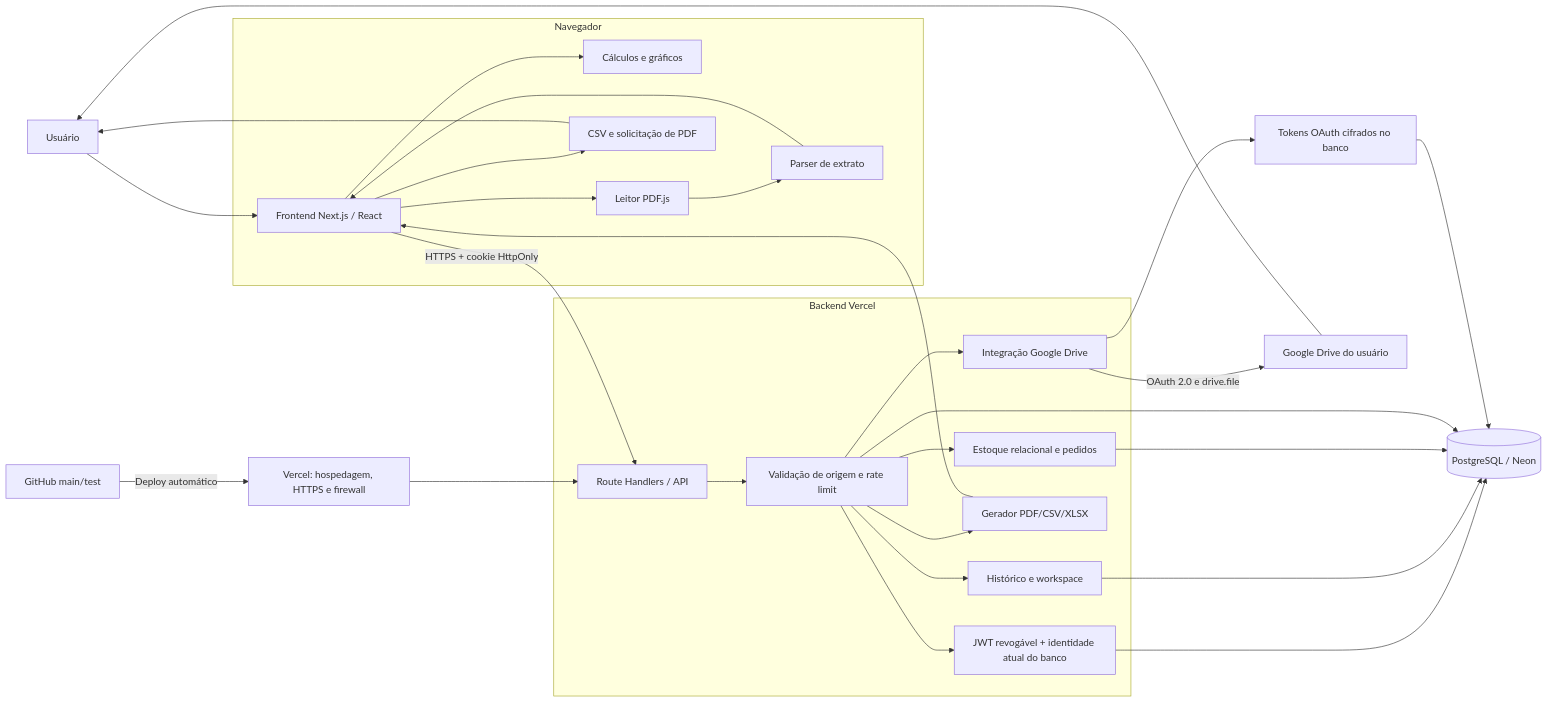
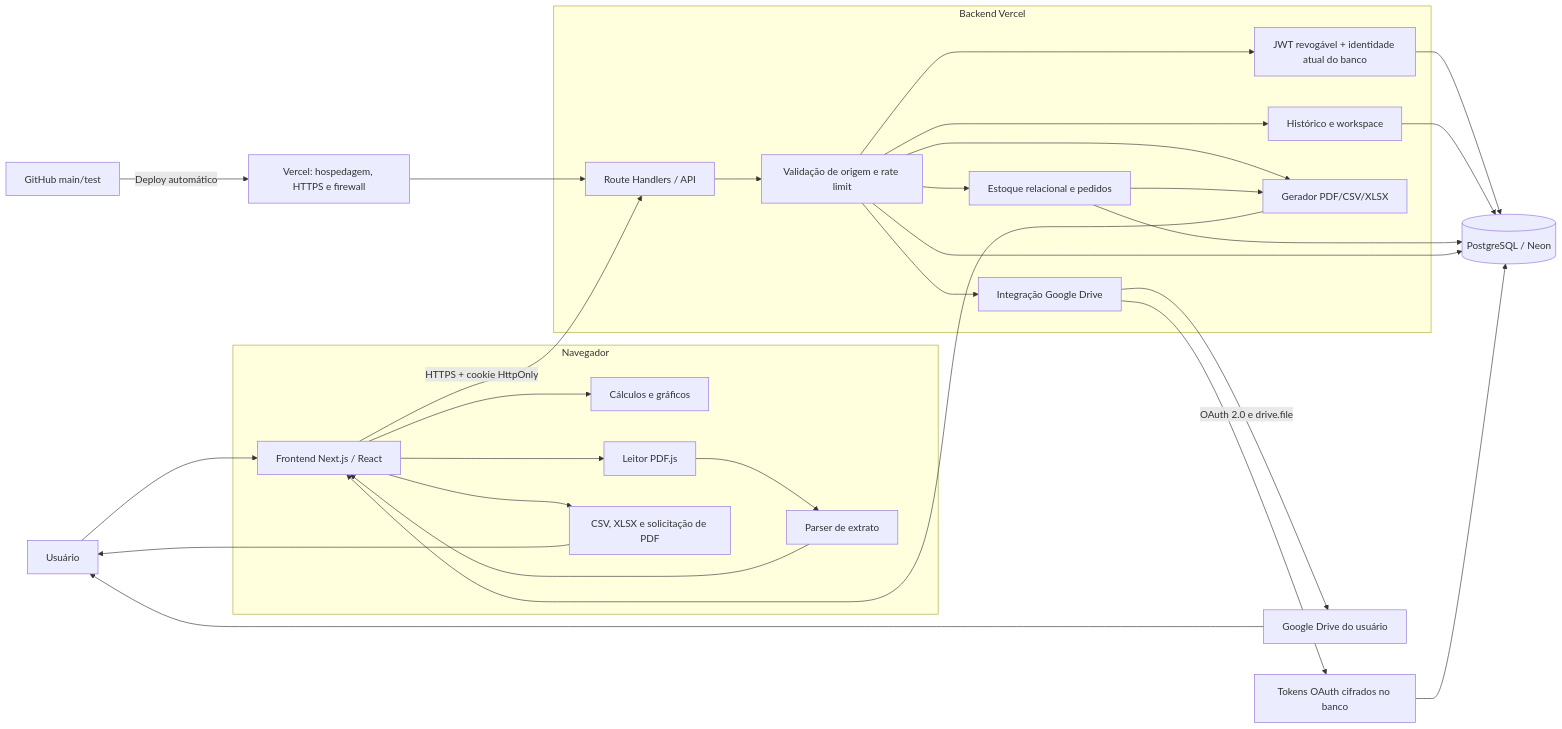
One commit to rennercand/CandTech changed the first of 3 diagrams in docs/ARQUITETURA.md. Above: the diagram before and after it, drawn with Mermaid. The commit also changed other lines of this file and 16 other files, not shown here.

````diff
--- a/docs/ARQUITETURA.md
+++ b/docs/ARQUITETURA.md
@@ -5,37 +5,38 @@
 ```mermaid
 flowchart LR
   U[Usuário] --> UI[Frontend Next.js / React]
 
   subgraph Navegador
     UI --> CALC[Cálculos e gráficos]
     UI --> PDFJS[Leitor PDF.js]
     PDFJS --> PARSER[Parser de extrato]
     PARSER --> UI
-    UI --> EXPORTLOCAL[CSV e solicitação de PDF]
+    UI --> EXPORTLOCAL[CSV, XLSX e solicitação de PDF]
   end
 
   UI -->|HTTPS + cookie HttpOnly| API[Route Handlers / API]
 
   subgraph Backend Vercel
     API --> SEC[Validação de origem e rate limit]
     SEC --> AUTH[JWT revogável + identidade atual do banco]
     SEC --> HISTORY[Histórico e workspace]
     SEC --> INVENTORY[Estoque relacional e pedidos]
     SEC --> REPORTS[Gerador PDF/CSV/XLSX]
     SEC --> DRIVE[Integração Google Drive]
   end
 
   AUTH --> DB[(PostgreSQL / Neon)]
   HISTORY --> DB
   INVENTORY --> DB
+  INVENTORY --> REPORTS
   SEC --> DB
   DRIVE --> TOKENS[Tokens OAuth cifrados no banco]
   TOKENS --> DB
   DRIVE -->|OAuth 2.0 e drive.file| GOOGLE[Google Drive do usuário]
   REPORTS --> UI
   EXPORTLOCAL --> U
   GOOGLE --> U
 
   VERCEL[Vercel: hospedagem, HTTPS e firewall] --> API
   GITHUB[GitHub main/test] -->|Deploy automático| VERCEL
 ```
````
